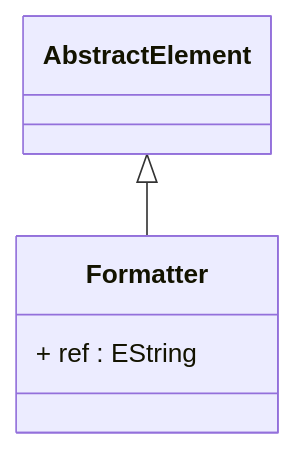
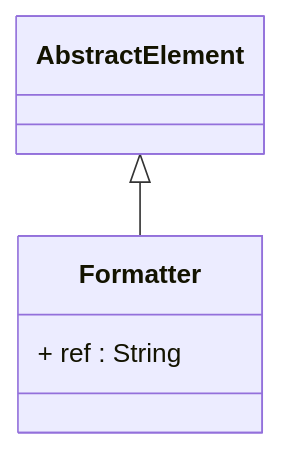
Before and after one commit to eclipse-daanse/eclipse-daanse.github.io: the diagram in docs/cubeserver/model/class-Formatter.md, drawn with Mermaid. The commit also changed other lines of this file and 138 other files, not shown here.

````diff
--- a/docs/cubeserver/model/class-Formatter.md
+++ b/docs/cubeserver/model/class-Formatter.md
@@ -62,9 +65,9 @@
 ```mermaid
 classDiagram
   class Formatter {
-    + ref : EString
+    + ref : String
   }
 
   AbstractElement <|-- Formatter
 
 ```
````
